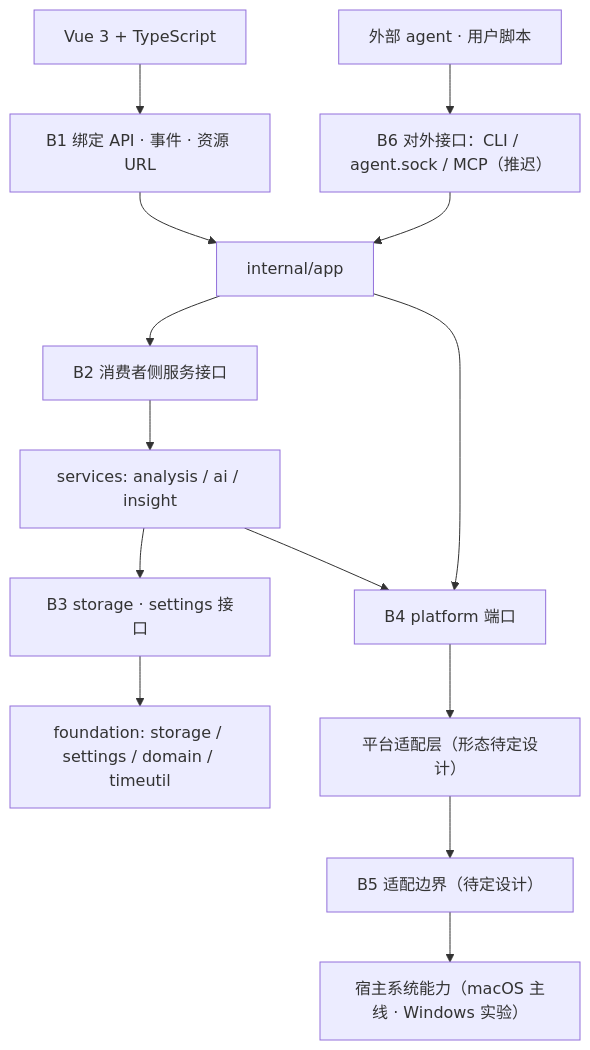
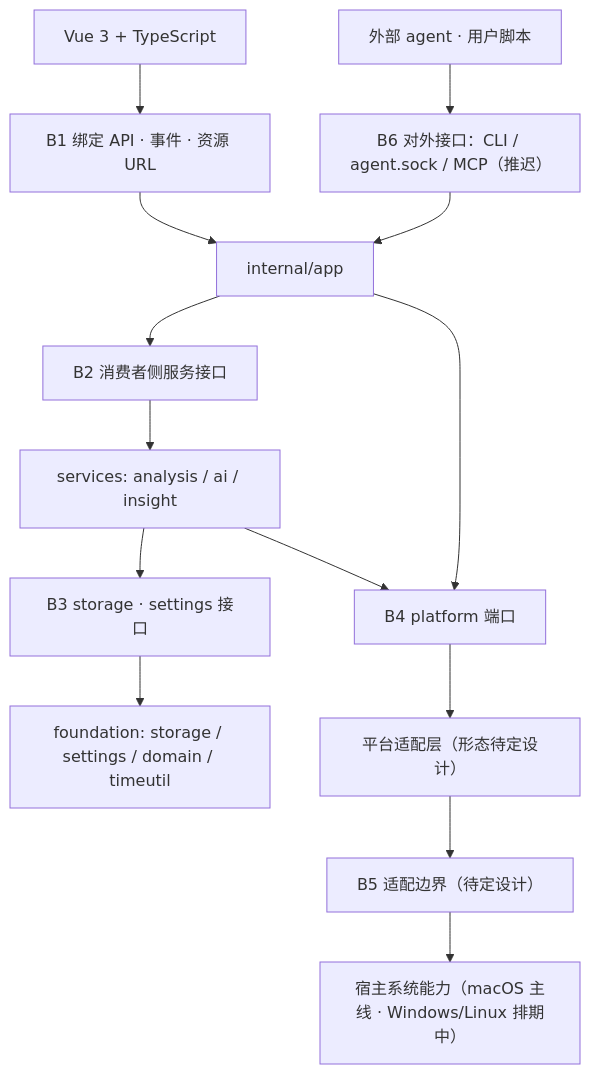
Before and after one commit to Jwz-git/Daygo: the diagram in docs/05-interface-contract.md, drawn with Mermaid. The commit also changed other lines of this file and 35 other files, not shown here.

````diff
--- a/docs/05-interface-contract.md
+++ b/docs/05-interface-contract.md
@@ -26,24 +26,24 @@
 ```mermaid
 flowchart TD
     VUE["Vue 3 + TypeScript"]
     B1["B1 绑定 API · 事件 · 资源 URL"]
     APPL["internal/app"]
     B2["B2 消费者侧服务接口"]
     SVC["services: analysis / ai / insight"]
     B3["B3 storage · settings 接口"]
     FOUND["foundation: storage / settings / domain / timeutil"]
     B4["B4 platform 端口"]
     ADAPT["平台适配层（形态待定设计）"]
     B5["B5 适配边界（待定设计）"]
-    OS["宿主系统能力（macOS 主线 · Windows 实验）"]
+    OS["宿主系统能力（macOS 主线 · Windows/Linux 排期中）"]
     B6["B6 对外接口：CLI / agent.sock / MCP（推迟）"]
     EXT["外部 agent · 用户脚本"]
 
     VUE --> B1 --> APPL
     APPL --> B2 --> SVC
     SVC --> B3 --> FOUND
     SVC --> B4
     APPL --> B4
     B4 --> ADAPT --> B5 --> OS
     EXT --> B6 --> APPL
 ```
````
